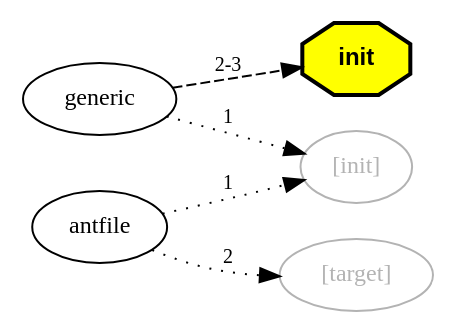
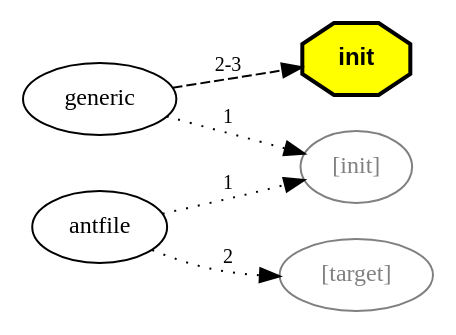
The diagram in src/etc/testcases/subant.dot (Ant-Grand/Grand), drawn with Graphviz before and after one commit. The commit also changed 6 other files, not shown here.

```diff
--- a/src/etc/testcases/subant.dot
+++ b/src/etc/testcases/subant.dot
@@ -1,19 +1,19 @@
 digraph "Subant" {
 graph [rankdir="LR"];
 node [fontsize="12"];
 edge [fontsize="10"];
 "init" [shape=octagon,fillcolor="yellow",style="filled,bold",fontname="Helvetica-Bold"];
 
 "generic"
 "generic" -> "[init]" [label="1", fontsize="10",style="dotted"];
 "generic" -> "init" [label="2-3", fontsize="10",style="dashed"];
 
 "antfile"
 "antfile" -> "[init]" [label="1", fontsize="10",style="dotted"];
 "antfile" -> "[target]" [label="2", fontsize="10",style="dotted"];
 
-"[init]" [color="gray70",fontcolor="gray70"];
+"[init]" [color="gray",fontcolor="gray"];
 
-"[target]" [color="gray70",fontcolor="gray70"];
+"[target]" [color="gray",fontcolor="gray"];
 
 }
```
